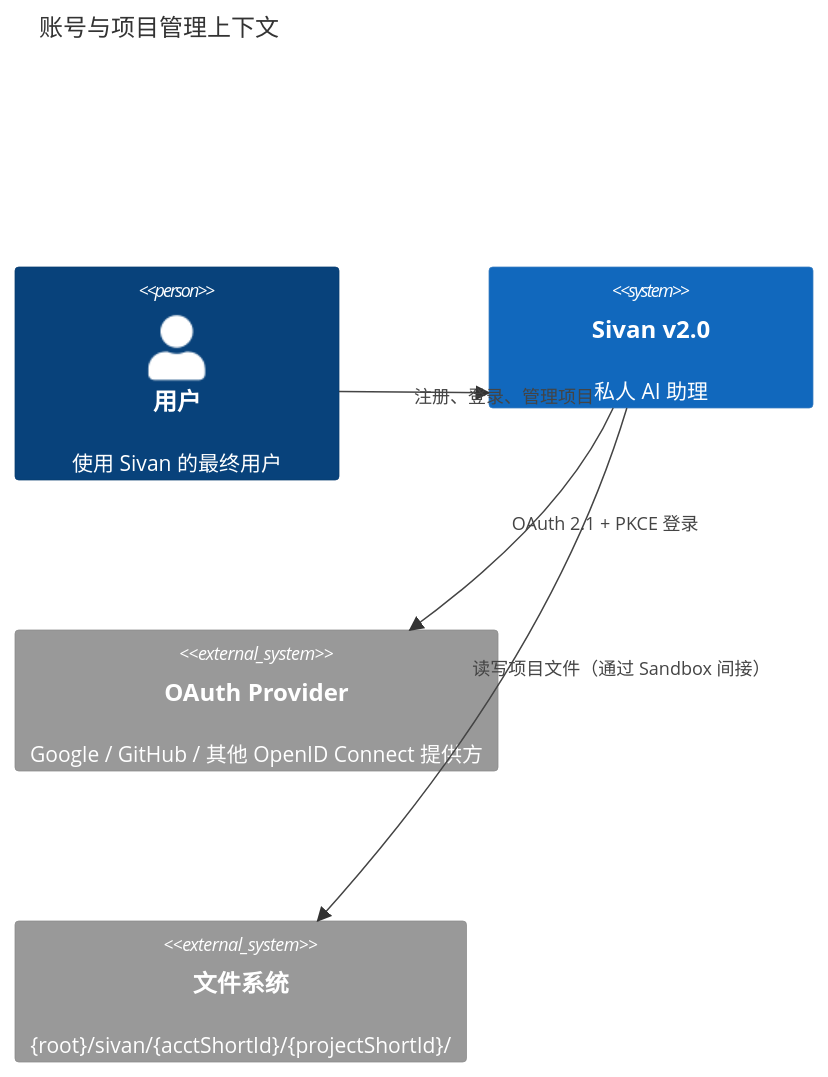
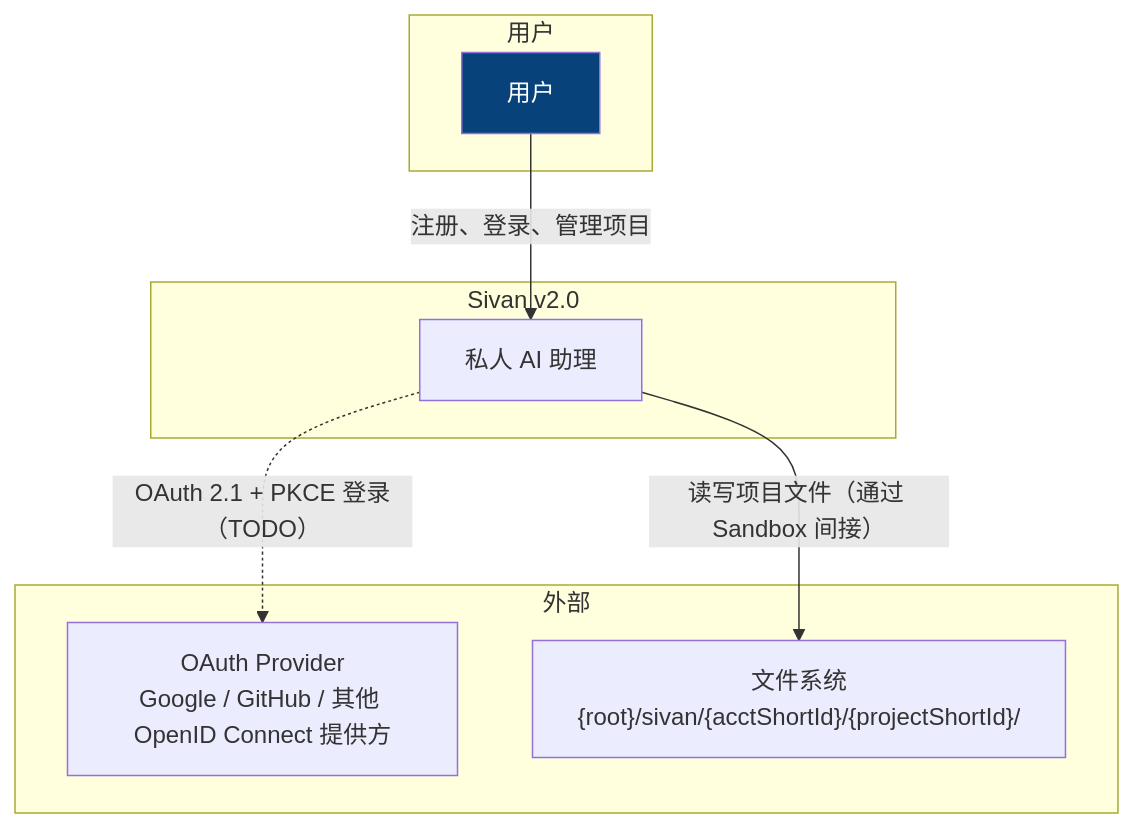
One commit to TinTongogo/ai-sivan changed the first of 4 diagrams in docs/架构/10-设计/00-账号与项目管理.md. Above: the diagram before and after it, drawn with Mermaid. The commit also changed other lines of this file and 153 other files, not shown here.

````diff
--- a/docs/架构/10-设计/00-账号与项目管理.md
+++ b/docs/架构/10-设计/00-账号与项目管理.md
@@ -56,16 +57,21 @@
 ```mermaid
-C4Context
-  title 账号与项目管理上下文
+graph TB
+    subgraph "用户"
+        user["用户"]:::person
+    end
 
-  Person(user, "用户", "使用 Sivan 的最终用户")
+    subgraph "Sivan v2.0"
+        sivan["私人 AI 助理"]
+    end
 
-  System(sivan, "Sivan v2.0", "私人 AI 助理")
-  System_Ext(idp, "OAuth Provider", "Google / GitHub / 其他 OpenID Connect 提供方")
-  System_Ext(fs, "文件系统", "{root}/sivan/{acctShortId}/{projectShortId}/")
+    subgraph "外部"
+        idp["OAuth Provider<br/>Google / GitHub / 其他 OpenID Connect 提供方"]
+        fs["文件系统<br/>{root}/sivan/{acctShortId}/{projectShortId}/"]
+    end
 
-  Rel(user, sivan, "注册、登录、管理项目")
-  Rel(sivan, idp, "OAuth 2.1 + PKCE 登录")
-  Rel(sivan, fs, "读写项目文件（通过 Sandbox 间接）")
+    user -->|注册、登录、管理项目| sivan
+    sivan -.->|OAuth 2.1 + PKCE 登录（TODO）| idp
+    sivan -->|读写项目文件（通过 Sandbox 间接）| fs
 
-  UpdateLayoutConfig($c4ShapeInRow="3", $c4BoundaryInRow="1")
+    classDef person fill:#08427B,color:#fff
 ```
````
